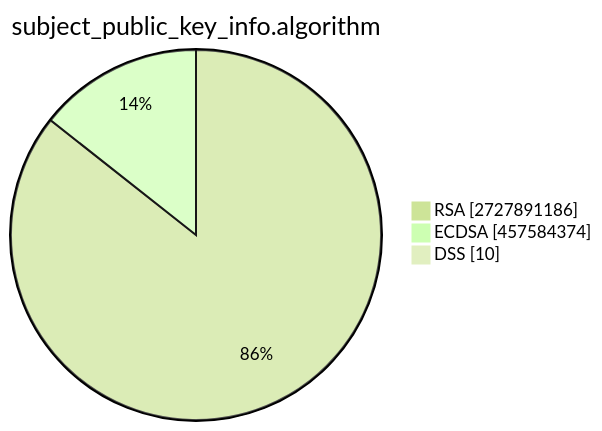
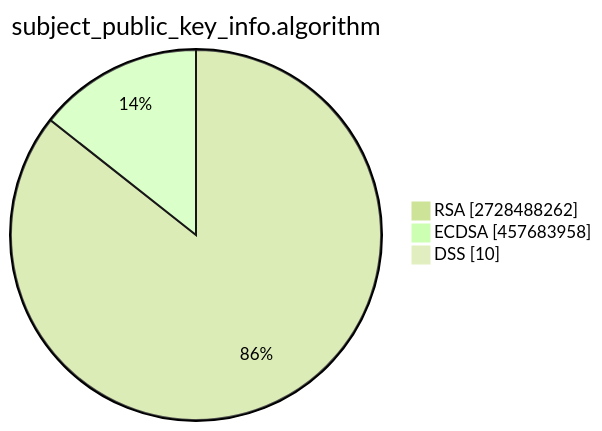
The second of 15 diagrams in TOTAL/README.md (christiankrug/ctmonitor_visualization), drawn with Mermaid (forest theme) before and after one commit. The commit also changed other lines of this file, not shown here.

````diff
--- a/TOTAL/README.md
+++ b/TOTAL/README.md
@@ -6,7 +6,7 @@
 ```mermaid
 pie showData
 title subject_public_key_info.algorithm
-"RSA" :2727891186
-"ECDSA" :457584374
+"RSA" :2728488262
+"ECDSA" :457683958
 "DSS" :10
 ```
````
